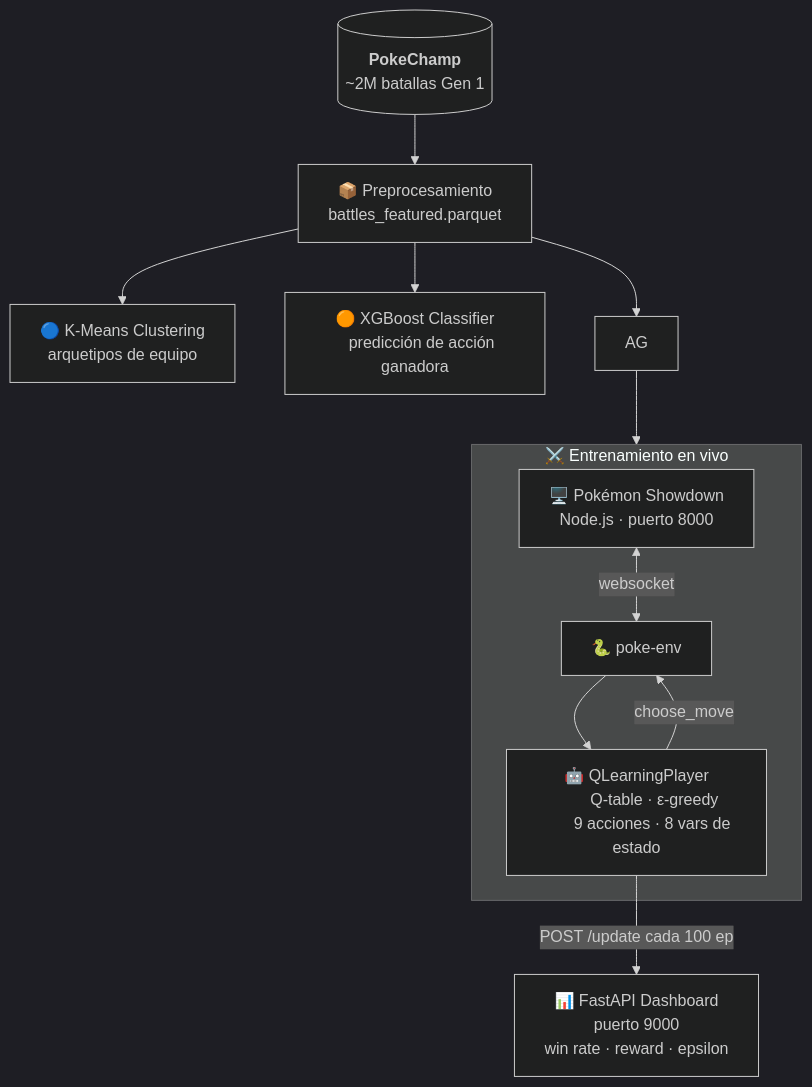
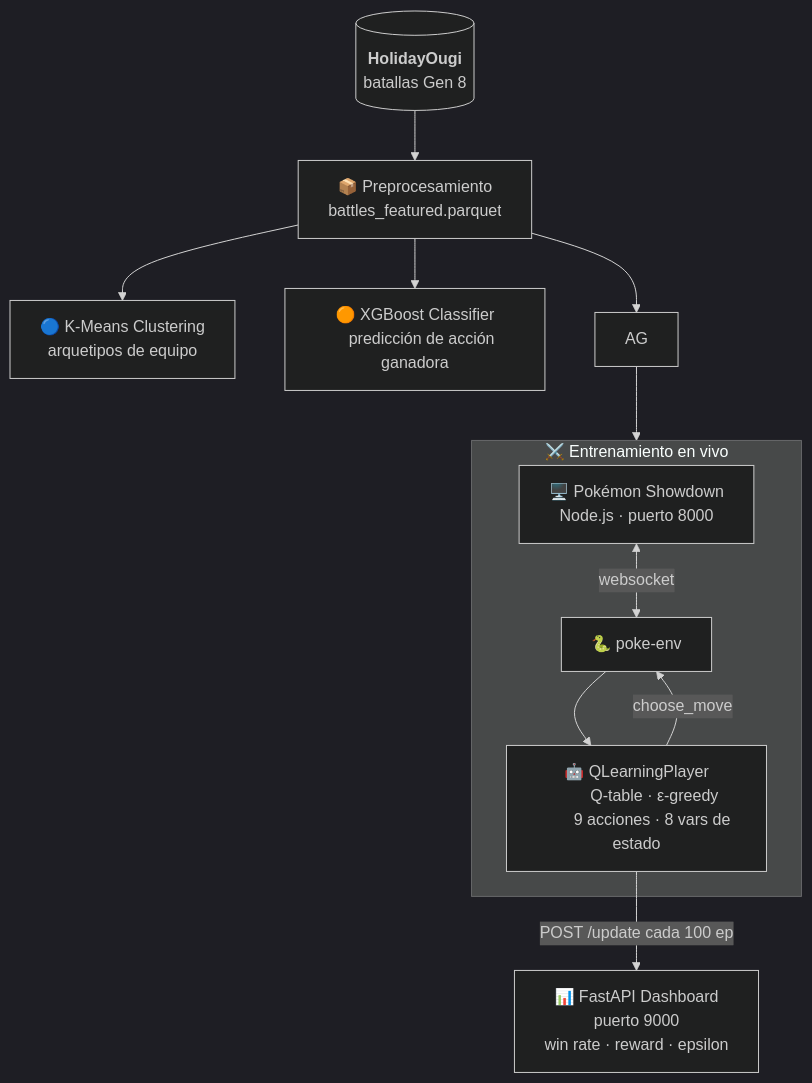
Before and after one commit to gabotachak/pokemon-agent: the diagram in README.md, drawn with Mermaid (dark theme). The commit also changed other lines of this file and 5 other files, not shown here.

````diff
--- a/README.md
+++ b/README.md
@@ -64,38 +64,38 @@
 ```mermaid
 flowchart TD
-    DS[("`**PokeChamp**
-    ~2M batallas Gen 1`")] --> PP
+    DS[("`**HolidayOugi**
+    batallas Gen 8`")] --> PP
 
     PP["📦 Preprocesamiento
     battles_featured.parquet"]
 
     PP --> KM
     PP --> XG
 
     KM["🔵 K-Means Clustering
     arquetipos de equipo"]
     XG["🟠 XGBoost Classifier
     predicción de acción ganadora"]
 
     PP --> AG
 
     subgraph entrenamiento["⚔️ Entrenamiento en vivo"]
         SH["🖥️ Pokémon Showdown
         Node.js · puerto 8000"]
         PE["🐍 poke-env"]
         QL["🤖 QLearningPlayer
         Q-table · ε-greedy
         9 acciones · 8 vars de estado"]
         SH <-->|websocket| PE
         PE --> QL
         QL -->|choose_move| PE
     end
 
     AG --> entrenamiento
 
     QL -->|POST /update cada 100 ep| DB
 
     DB["📊 FastAPI Dashboard
     puerto 9000
     win rate · reward · epsilon"]
 ```
````
